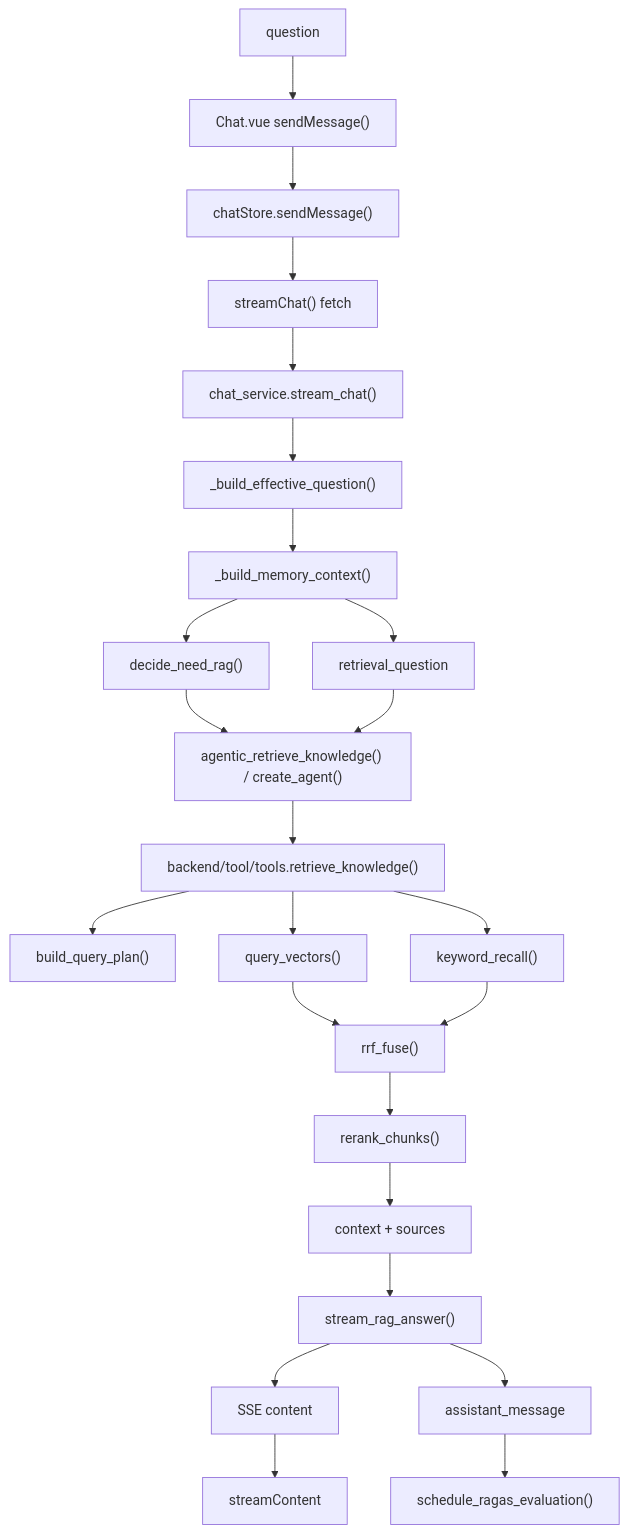
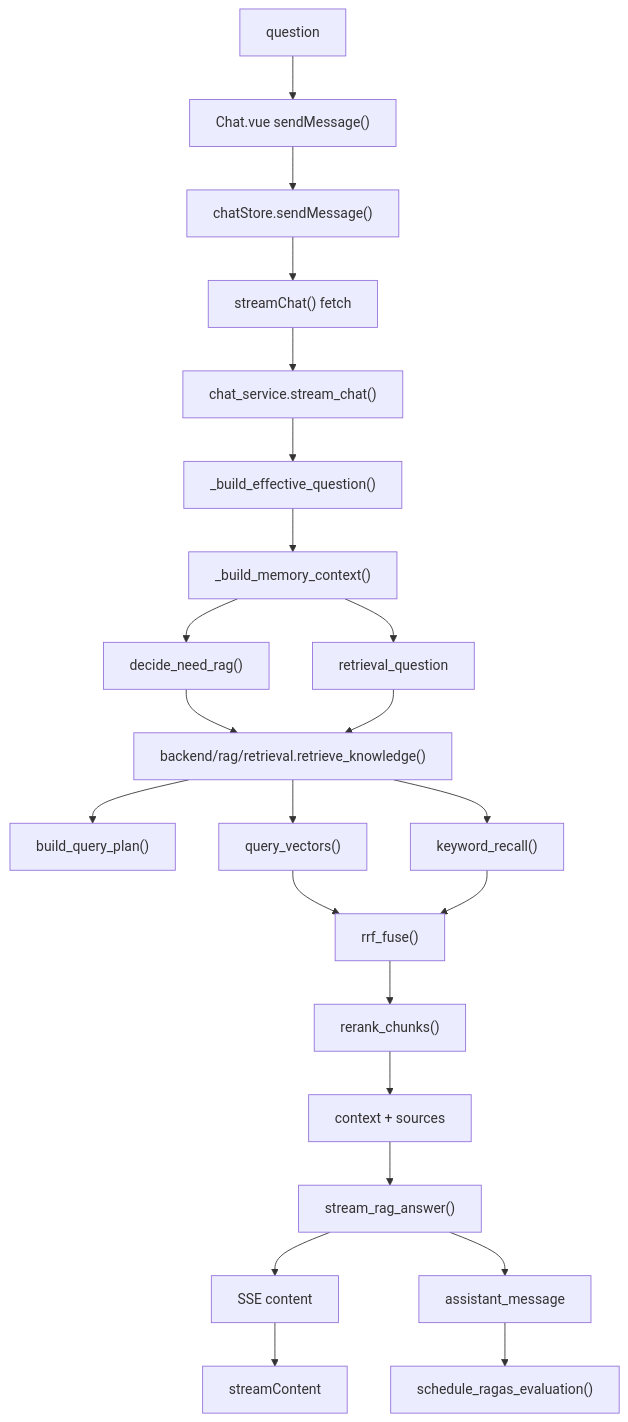
One commit to baiye-banned/Agent_about_answer changed the tenth of 10 diagrams in docs/PROJECT_CODE_READING_ROADMAP.md. Above: the diagram before and after it, drawn with Mermaid. The commit also changed other lines of this file and 22 other files, not shown here.

Commit message:
Simplify RAG retrieval pipeline

````diff
--- a/docs/PROJECT_CODE_READING_ROADMAP.md
+++ b/docs/PROJECT_CODE_READING_ROADMAP.md
@@ -725,26 +707,25 @@
 ```mermaid
 flowchart TD
   Q["question"] --> CS["Chat.vue sendMessage()"]
   CS --> Store["chatStore.sendMessage()"]
   Store --> Fetch["streamChat() fetch"]
   Fetch --> Backend["chat_service.stream_chat()"]
   Backend --> EQ["_build_effective_question()"]
   EQ --> Memory["_build_memory_context()"]
   Memory --> Gate["decide_need_rag()"]
   Memory --> RQ["retrieval_question"]
-  Gate --> Agentic["agentic_retrieve_knowledge() / create_agent()"]
-  RQ --> Agentic
-  Agentic --> Retrieve["backend/tool/tools.retrieve_knowledge()"]
+  Gate --> Retrieve["backend/rag/retrieval.retrieve_knowledge()"]
+  RQ --> Retrieve
   Retrieve --> Plan["build_query_plan()"]
   Retrieve --> Vector["query_vectors()"]
   Retrieve --> Keyword["keyword_recall()"]
   Vector --> RRF["rrf_fuse()"]
   Keyword --> RRF
   RRF --> Rerank["rerank_chunks()"]
   Rerank --> Context["context + sources"]
   Context --> Model["stream_rag_answer()"]
   Model --> SSE["SSE content"]
   SSE --> UI["streamContent"]
   Model --> Save["assistant_message"]
   Save --> Ragas["schedule_ragas_evaluation()"]
 ```
````
